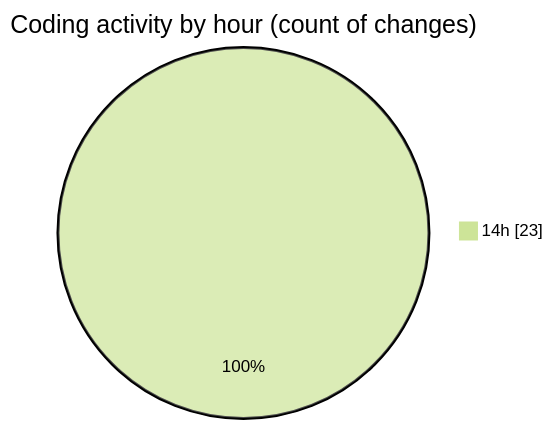
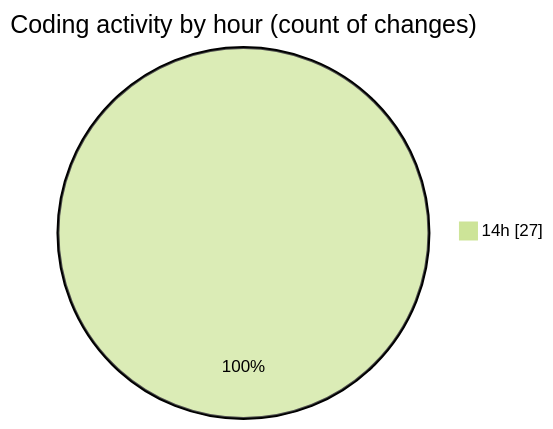
The second of 2 diagrams in 2025-05-29/projects/README.md (Ritupan-Deka/code-tracking), drawn with Mermaid (forest theme) before and after one commit. The commit also changed other lines of this file and 1 other file, not shown here.

````diff
--- a/2025-05-29/projects/README.md
+++ b/2025-05-29/projects/README.md
@@ -41,5 +42,5 @@
 ```mermaid
 pie showData
 title Coding activity by hour (count of changes)
-"14h" : 23
+"14h" : 27
 ```
````
